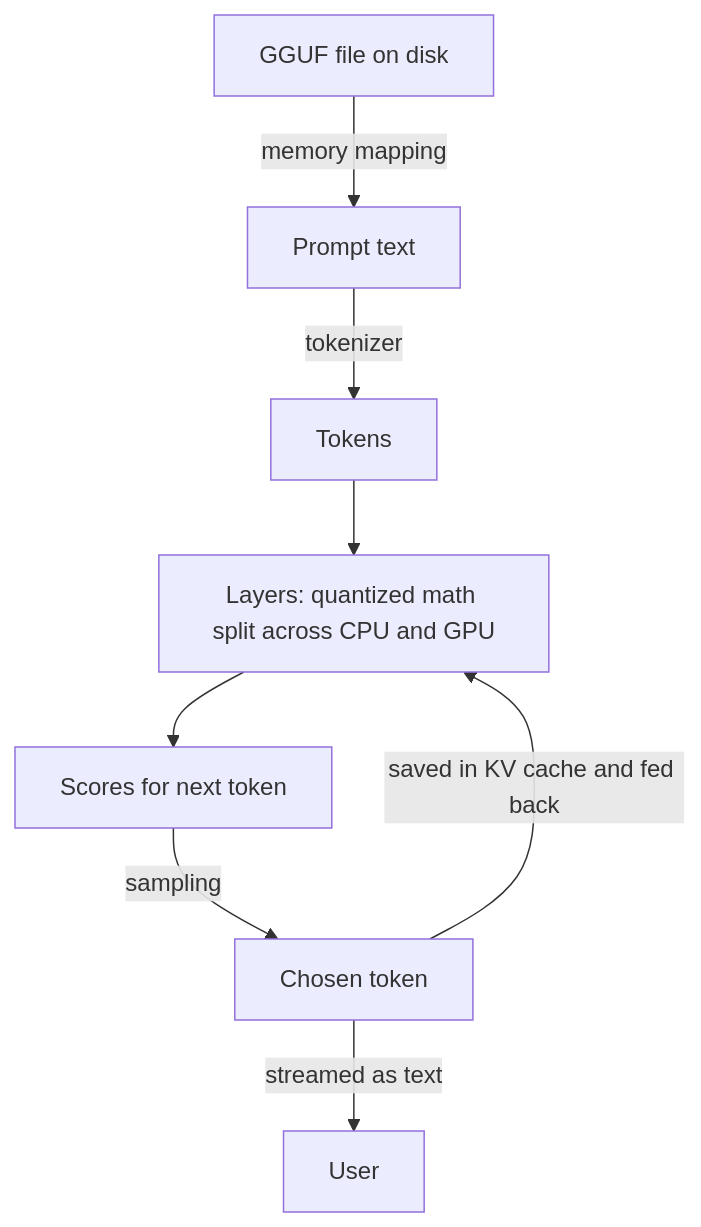
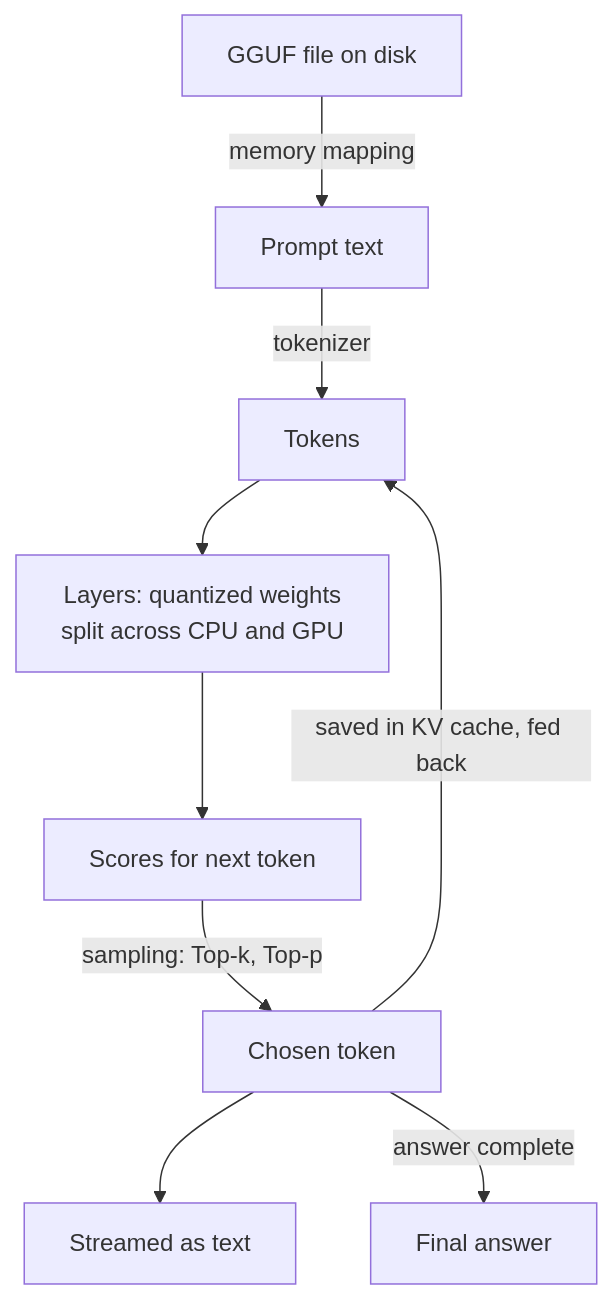
One commit to kaisarnajar/outcome-school-blogs changed the first of 2 diagrams in notes/step-12-llm-inference-engineering/160-how-does-llama-cpp-run-llms-on-everyday-hardware.md. Above: the diagram before and after it, drawn with Mermaid. The commit also changed other lines of this file and 233 other files, not shown here.

````diff
--- a/notes/step-12-llm-inference-engineering/160-how-does-llama-cpp-run-llms-on-everyday-hardware.md
+++ b/notes/step-12-llm-inference-engineering/160-how-does-llama-cpp-run-llms-on-everyday-hardware.md
@@ -45,10 +56,11 @@
 ```mermaid
 flowchart TD
-    A["GGUF file on disk"] -->|"memory mapping"| B["Prompt text"]
-    B -->|"tokenizer"| C["Tokens"]
-    C --> D["Layers: quantized math split across CPU and GPU"]
-    D --> E["Scores for next token"]
-    E -->|"sampling"| F["Chosen token"]
-    F -->|"streamed as text"| G["User"]
-    F -->|"saved in KV cache and fed back"| D
+    G1["GGUF file on disk"] -->|"memory mapping"| P1["Prompt text"]
+    P1 -->|"tokenizer"| T1["Tokens"]
+    T1 --> L1["Layers: quantized weights<br/>split across CPU and GPU"]
+    L1 --> S1["Scores for next token"]
+    S1 -->|"sampling: Top-k, Top-p"| N1["Chosen token"]
+    N1 --> ST["Streamed as text"]
+    N1 -->|"saved in KV cache, fed back"| T1
+    N1 -->|"answer complete"| A1["Final answer"]
 ```
````
